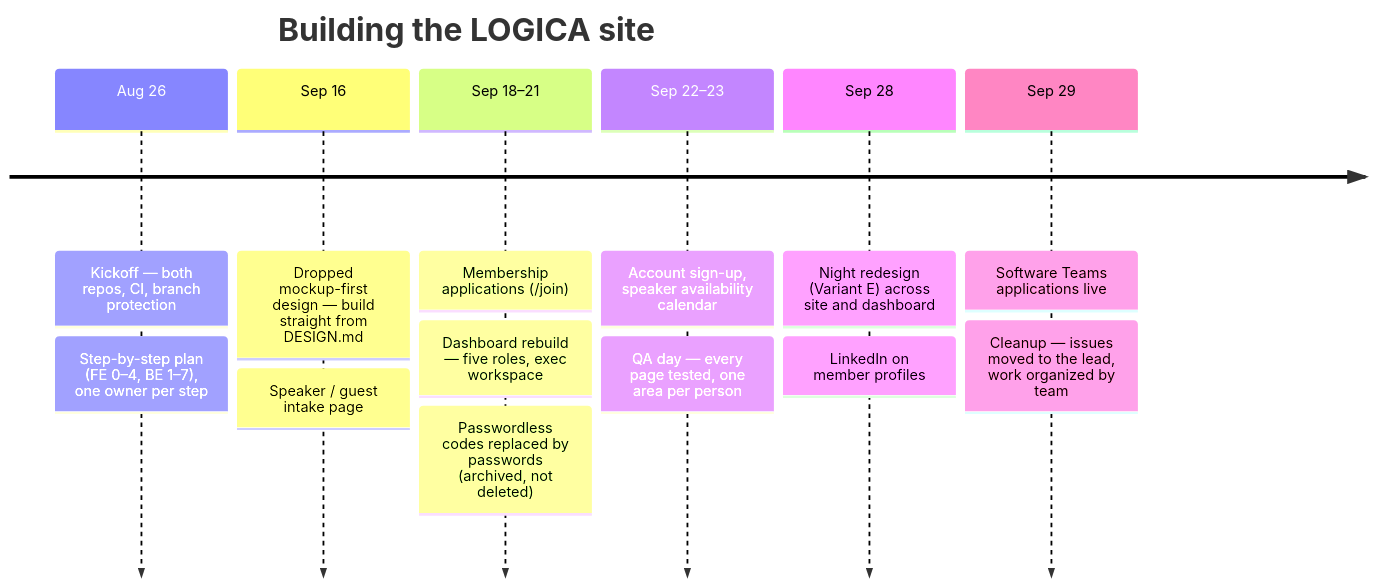
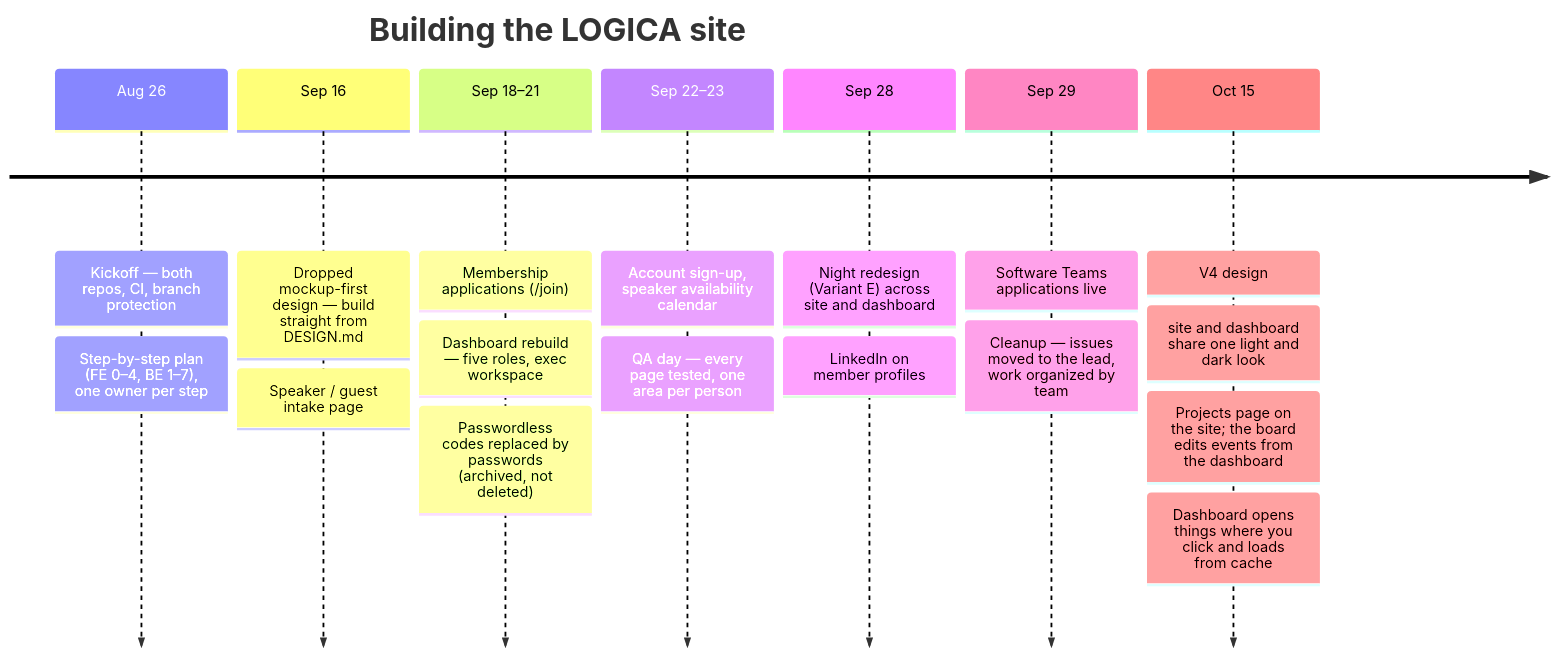
The second of 2 diagrams in ROADMAP.md (uic-logica/.github), drawn with Mermaid before and after one commit. The commit also changed other lines of this file and 4 other files, not shown here.

First line of the commit message:
V4 design, the Projects page, current numbers

````diff
--- a/ROADMAP.md
+++ b/ROADMAP.md
@@ -55,17 +55,20 @@
 ```mermaid
 timeline
   title Building the LOGICA site
   Aug 26 : Kickoff — both repos, CI, branch protection
          : Step-by-step plan (FE 0–4, BE 1–7), one owner per step
   Sep 16 : Dropped mockup-first design — build straight from DESIGN.md
          : Speaker / guest intake page
   Sep 18–21 : Membership applications (/join)
             : Dashboard rebuild — five roles, exec workspace
             : Passwordless codes replaced by passwords (archived, not deleted)
   Sep 22–23 : Account sign-up, speaker availability calendar
             : QA day — every page tested, one area per person
   Sep 28 : Night redesign (Variant E) across site and dashboard
          : LinkedIn on member profiles
   Sep 29 : Software Teams applications live
          : Cleanup — issues moved to the lead, work organized by team
+  Oct 15 : V4 design: site and dashboard share one light and dark look
+         : Projects page on the site; the board edits events from the dashboard
+         : Dashboard opens things where you click and loads from cache
 ```
````
